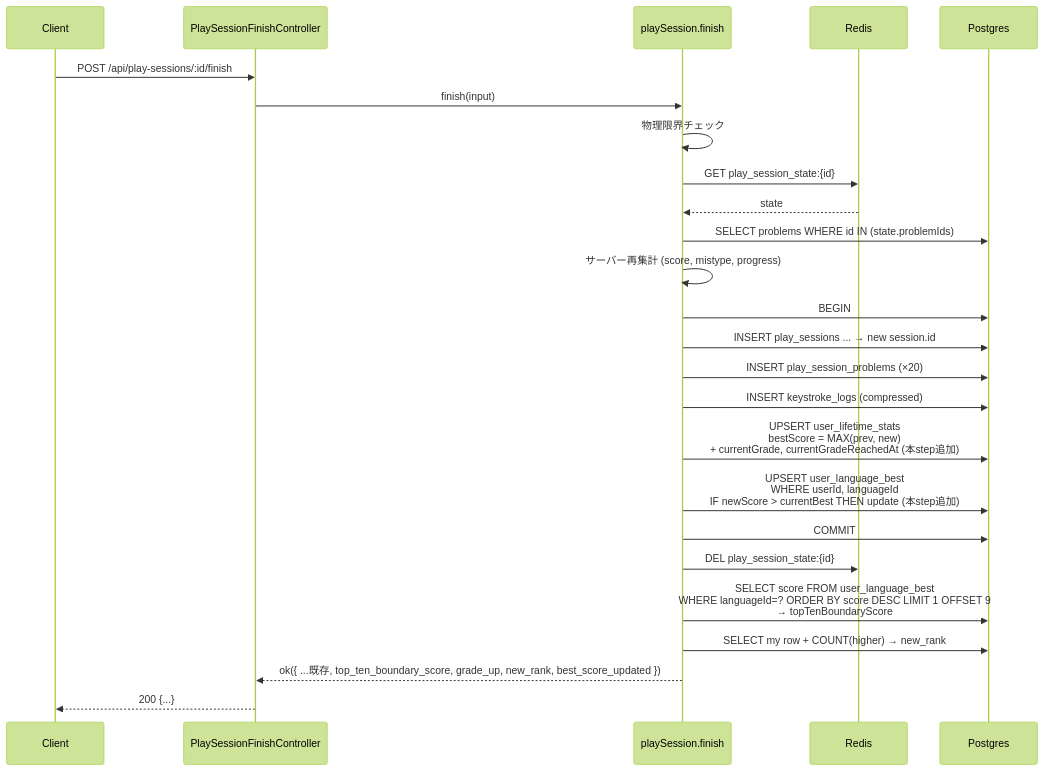
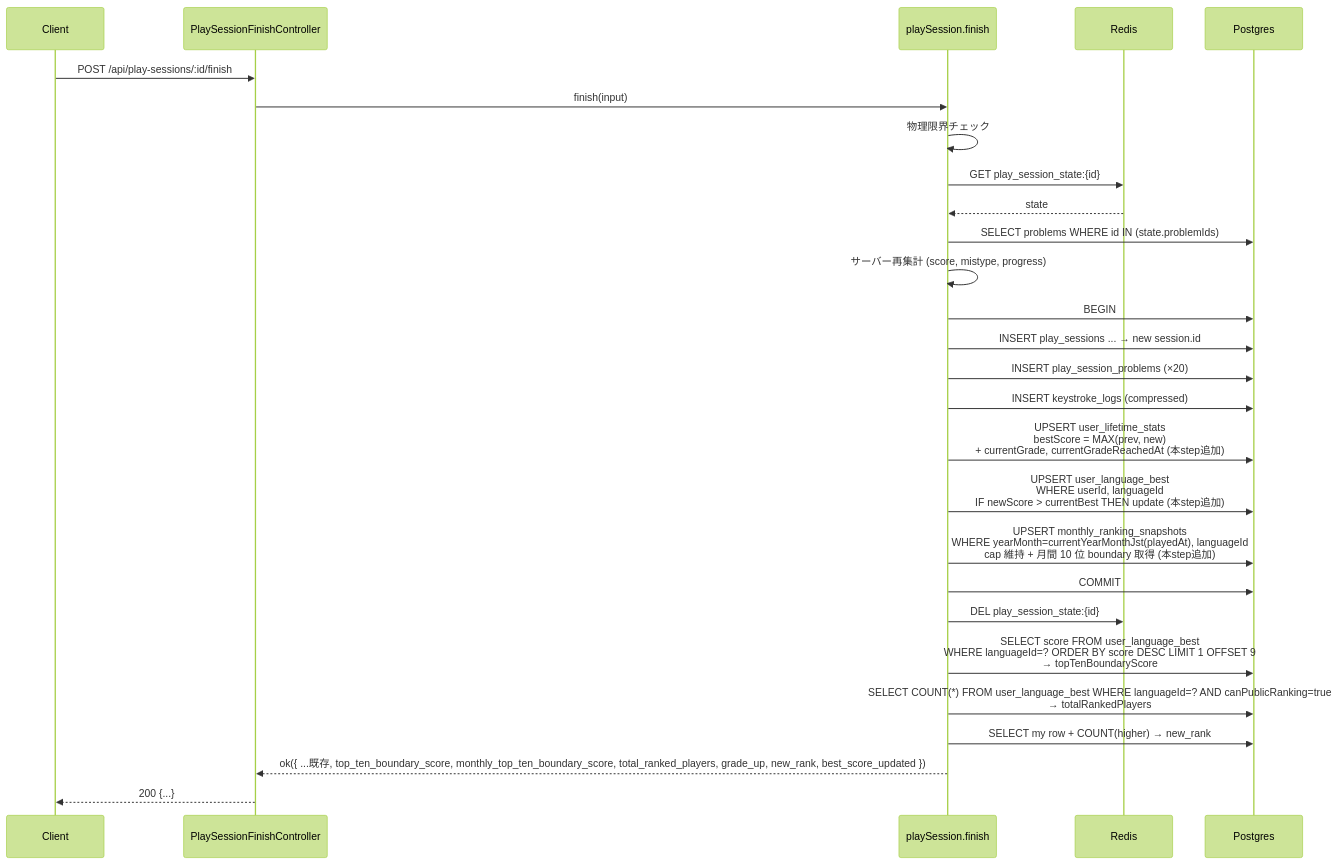
The diagram in docs/spec/score-ranking/step3-api-finish-extend.md (kentakki416/typing-royale), drawn with Mermaid (forest theme) before and after one commit. The commit also changed other lines of this file and 51 other files, not shown here.

````diff
--- a/docs/spec/score-ranking/step3-api-finish-extend.md
+++ b/docs/spec/score-ranking/step3-api-finish-extend.md
@@ -95,30 +99,32 @@
 ```mermaid
 sequenceDiagram
     participant C as Client
     participant Ctrl as PlaySessionFinishController
     participant Svc as playSession.finish
     participant R as Redis
     participant DB as Postgres
 
     C->>Ctrl: POST /api/play-sessions/:id/finish
     Ctrl->>Svc: finish(input)
     Svc->>Svc: 物理限界チェック
     Svc->>R: GET play_session_state:{id}
     R-->>Svc: state
     Svc->>DB: SELECT problems WHERE id IN (state.problemIds)
     Svc->>Svc: サーバー再集計 (score, mistype, progress)
 
     Svc->>DB: BEGIN
     Svc->>DB: INSERT play_sessions ... → new session.id
     Svc->>DB: INSERT play_session_problems (×20)
     Svc->>DB: INSERT keystroke_logs (compressed)
     Svc->>DB: UPSERT user_lifetime_stats<br/>bestScore = MAX(prev, new)<br/>+ currentGrade, currentGradeReachedAt (本step追加)
     Svc->>DB: UPSERT user_language_best<br/>WHERE userId, languageId<br/>IF newScore > currentBest THEN update (本step追加)
+    Svc->>DB: UPSERT monthly_ranking_snapshots<br/>WHERE yearMonth=currentYearMonthJst(playedAt), languageId<br/>cap 維持 + 月間 10 位 boundary 取得 (本step追加)
     Svc->>DB: COMMIT
 
     Svc->>R: DEL play_session_state:{id}
     Svc->>DB: SELECT score FROM user_language_best<br/>WHERE languageId=? ORDER BY score DESC LIMIT 1 OFFSET 9<br/>→ topTenBoundaryScore
+    Svc->>DB: SELECT COUNT(*) FROM user_language_best WHERE languageId=? AND canPublicRanking=true<br/>→ totalRankedPlayers
     Svc->>DB: SELECT my row + COUNT(higher) → new_rank
-    Svc-->>Ctrl: ok({ ...既存, top_ten_boundary_score, grade_up, new_rank, best_score_updated })
+    Svc-->>Ctrl: ok({ ...既存, top_ten_boundary_score, monthly_top_ten_boundary_score, total_ranked_players, grade_up, new_rank, best_score_updated })
     Ctrl-->>C: 200 {...}
 ```
````
